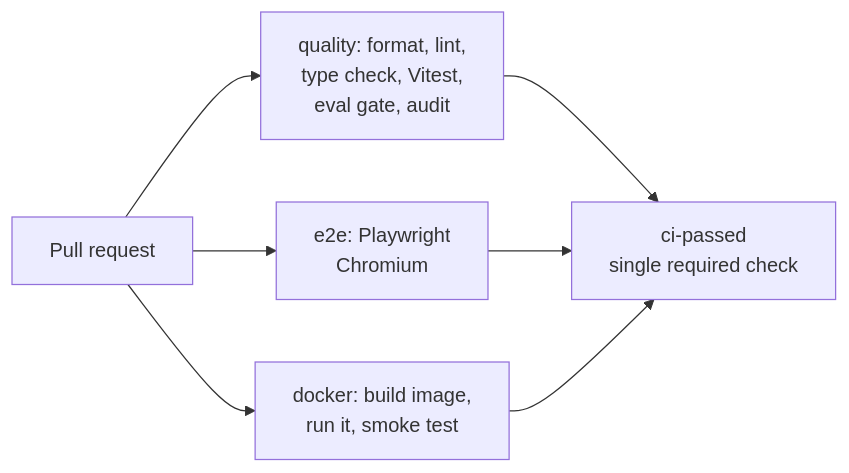
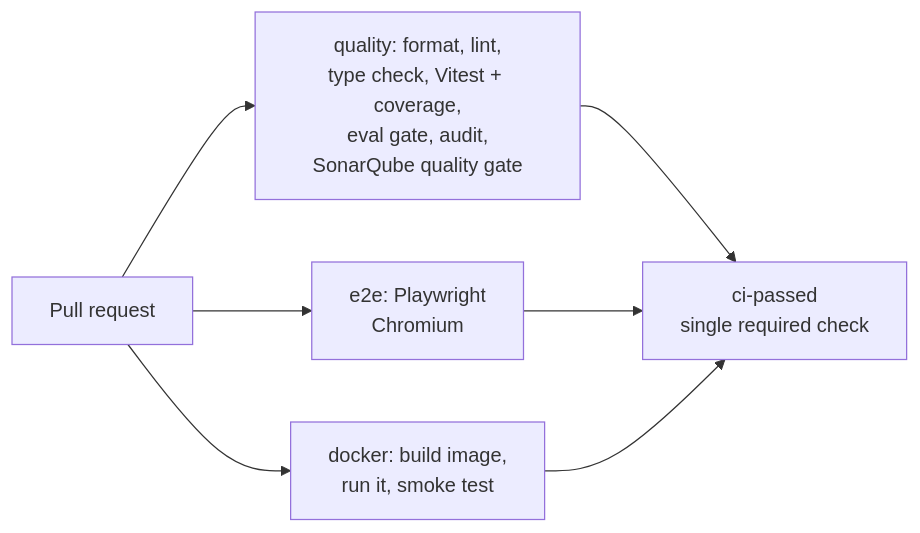
One commit to hudson-m/doc-triage changed the second of 2 diagrams in README.md. Above: the diagram before and after it, drawn with Mermaid. The commit also changed other lines of this file and 7 other files, not shown here.

First line of the commit message:
Add SonarQube Cloud quality gate and Vitest coverage

````diff
--- a/README.md
+++ b/README.md
@@ -41,8 +42,8 @@
 ```mermaid
 flowchart LR
   PR[Pull request] --> Q & E & D
-  Q[quality: format, lint,<br/>type check, Vitest,<br/>eval gate, audit]
+  Q[quality: format, lint,<br/>type check, Vitest + coverage,<br/>eval gate, audit,<br/>SonarQube quality gate]
   E[e2e: Playwright<br/>Chromium]
   D[docker: build image,<br/>run it, smoke test]
   Q & E & D --> OK[ci-passed<br/>single required check]
 ```
````
